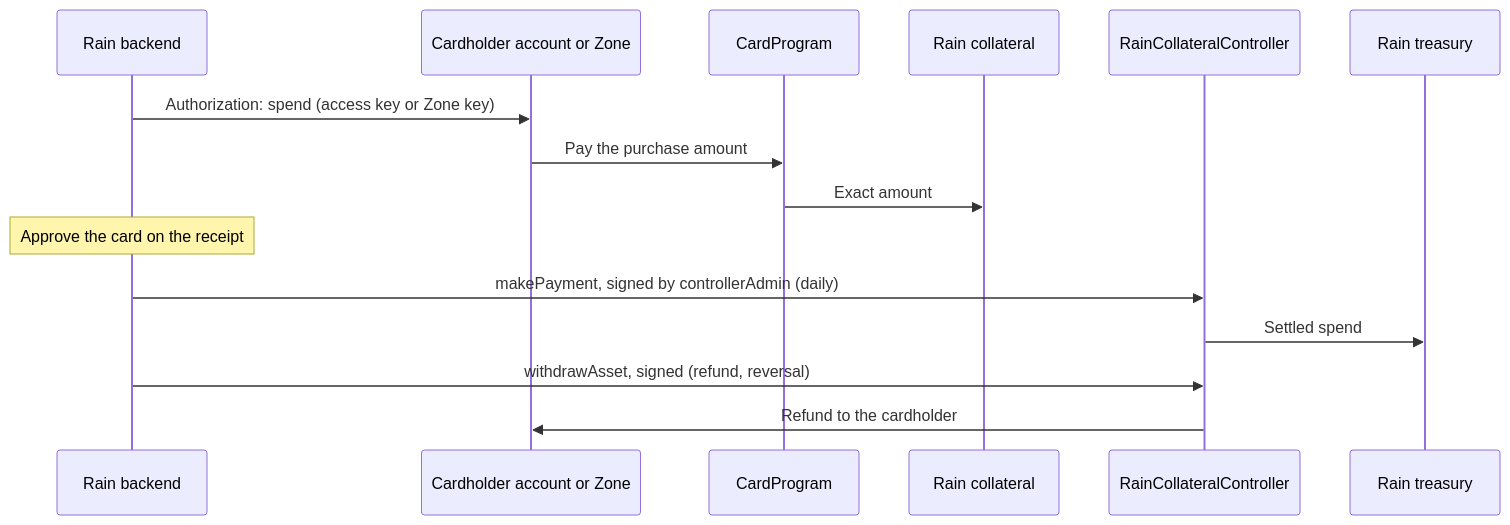
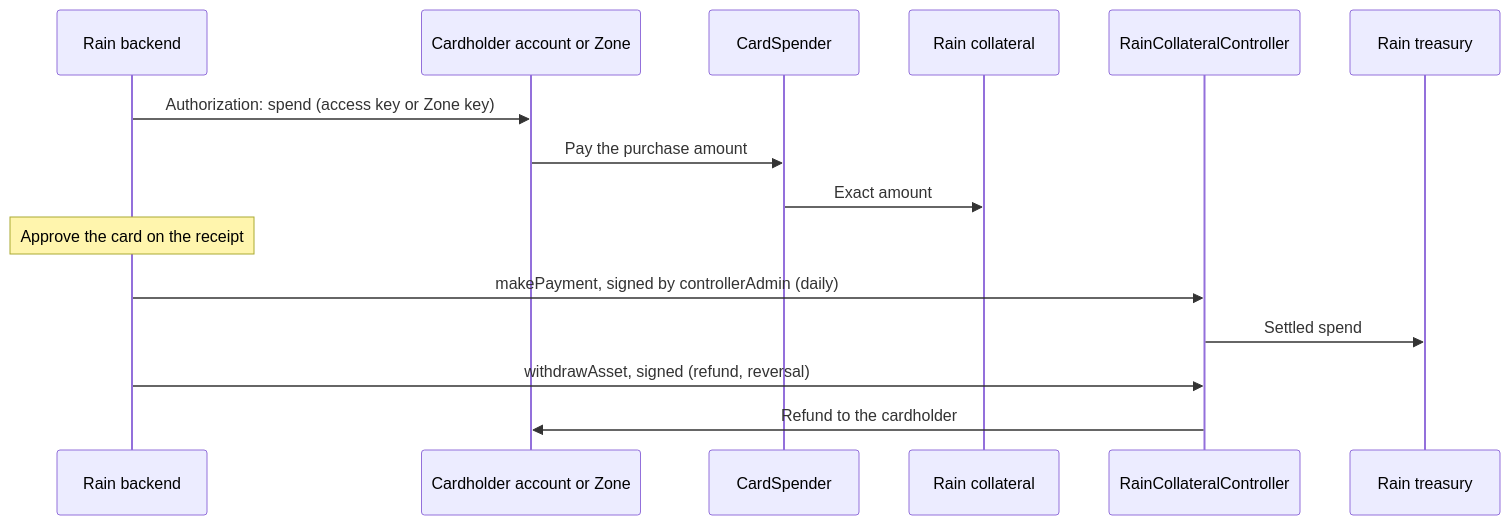
Before and after one commit to tempoxyz/contracts: the diagram in docs/cards/rain/README.md, drawn with Mermaid. The commit also changed other lines of this file and 66 other files, not shown here.

Commit message:
refactor(cards): rename CardProgram to CardSpender and issuers to providers

````diff
--- a/docs/cards/rain/README.md
+++ b/docs/cards/rain/README.md
@@ -46,17 +46,17 @@
 ```mermaid
 sequenceDiagram
     participant R as Rain backend
     participant A as Cardholder account or Zone
-    participant Sp as CardProgram
+    participant Sp as CardSpender
     participant C as Rain collateral
     participant K as RainCollateralController
     participant T as Rain treasury
     R->>A: Authorization: spend (access key or Zone key)
     A->>Sp: Pay the purchase amount
     Sp->>C: Exact amount
     Note over R: Approve the card on the receipt
     R->>K: makePayment, signed by controllerAdmin (daily)
     K->>T: Settled spend
     R->>K: withdrawAsset, signed (refund, reversal)
     K->>A: Refund to the cardholder
 ```
````
